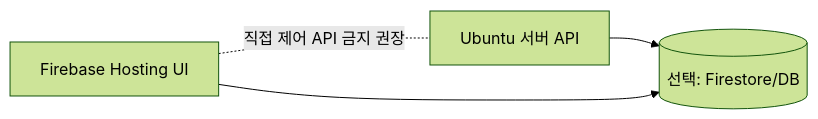
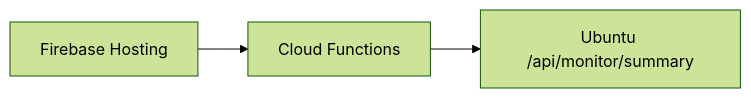
One commit to greenhelix/dev_logs changed the second of 2 diagrams in Flutter/flutter_project/google_auth_helper/docs/architecture.md. Above: the diagram before and after it, drawn with Mermaid (forest theme). The commit also changed other lines of this file and 4 other files, not shown here.

First line of the commit message:
How to Tool Path Setting , DIagram Update

````diff
--- a/Flutter/flutter_project/google_auth_helper/docs/architecture.md
+++ b/Flutter/flutter_project/google_auth_helper/docs/architecture.md
@@ -48,6 +49,5 @@
 ```mermaid
 flowchart LR
-    U[Ubuntu 서버 API] --> DB[(선택: Firestore/DB)]
-    FH[Firebase Hosting UI] --> DB
-    FH -. 직접 제어 API 금지 권장 .- U
+    FH[Firebase Hosting] --> CF[Cloud Functions]
+    CF --> API[Ubuntu /api/monitor/summary]
 ```
````
